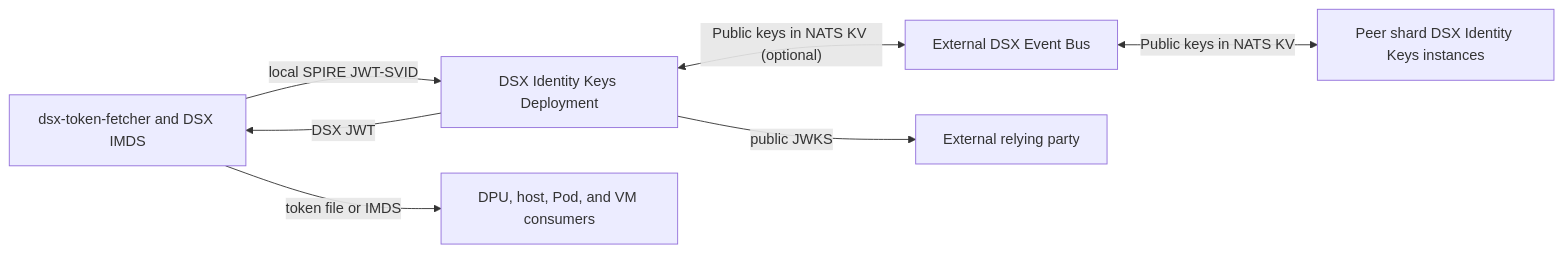
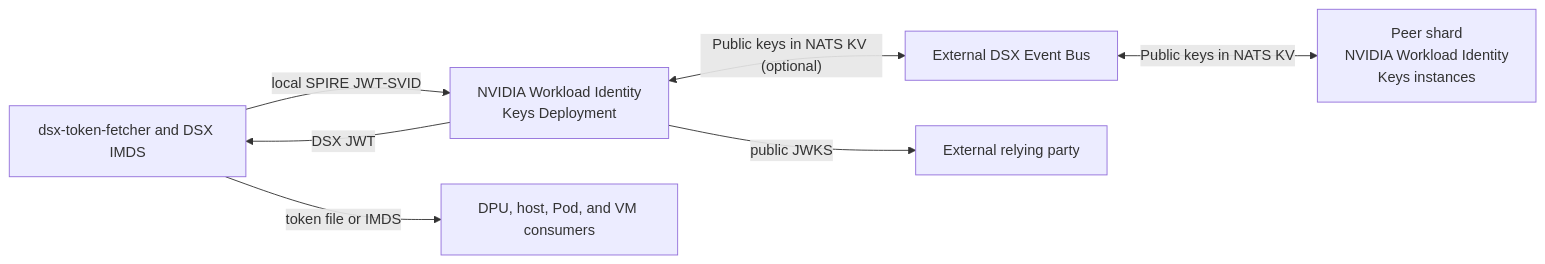
Before and after one commit to dsx-ai-factory/nvidia-workload-identity: the fourth of 4 diagrams in README.md, drawn with Mermaid. The commit also changed other lines of this file and 41 other files, not shown here.

First line of the commit message:
fix(NO-REF): update NVIDIA Workload Identity display names

````diff
--- a/README.md
+++ b/README.md
@@ -327,13 +331,13 @@
 ```mermaid
 flowchart LR
   Local["dsx-token-fetcher and DSX IMDS"]
-  IdentityKeys["DSX Identity Keys Deployment"]
+  IdentityKeys["NVIDIA Workload Identity<br/>Keys Deployment"]
   Consumers["DPU, host, Pod, and VM consumers"]
 
   Local -->|"local SPIRE JWT-SVID"| IdentityKeys
   IdentityKeys -->|"DSX JWT"| Local
   Local -->|"token file or IMDS"| Consumers
   IdentityKeys <-->|"Public keys in NATS KV (optional)"| Bus["External DSX Event Bus"]
-  Bus <-->|"Public keys in NATS KV"| Peers["Peer shard DSX Identity Keys instances"]
+  Bus <-->|"Public keys in NATS KV"| Peers["Peer shard<br/>NVIDIA Workload Identity<br/>Keys instances"]
   IdentityKeys -->|"public JWKS"| RelyingParty["External relying party"]
 ```
````
